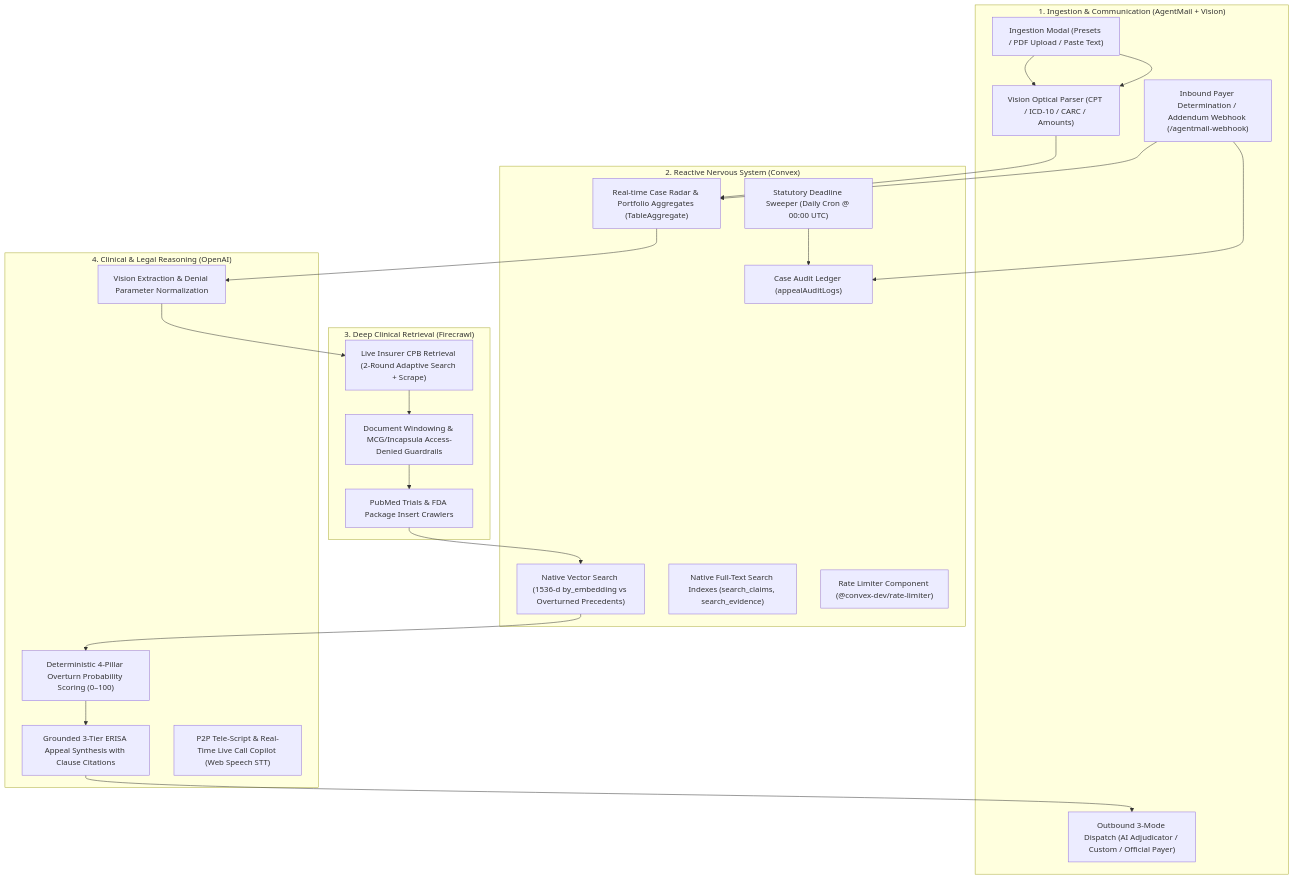
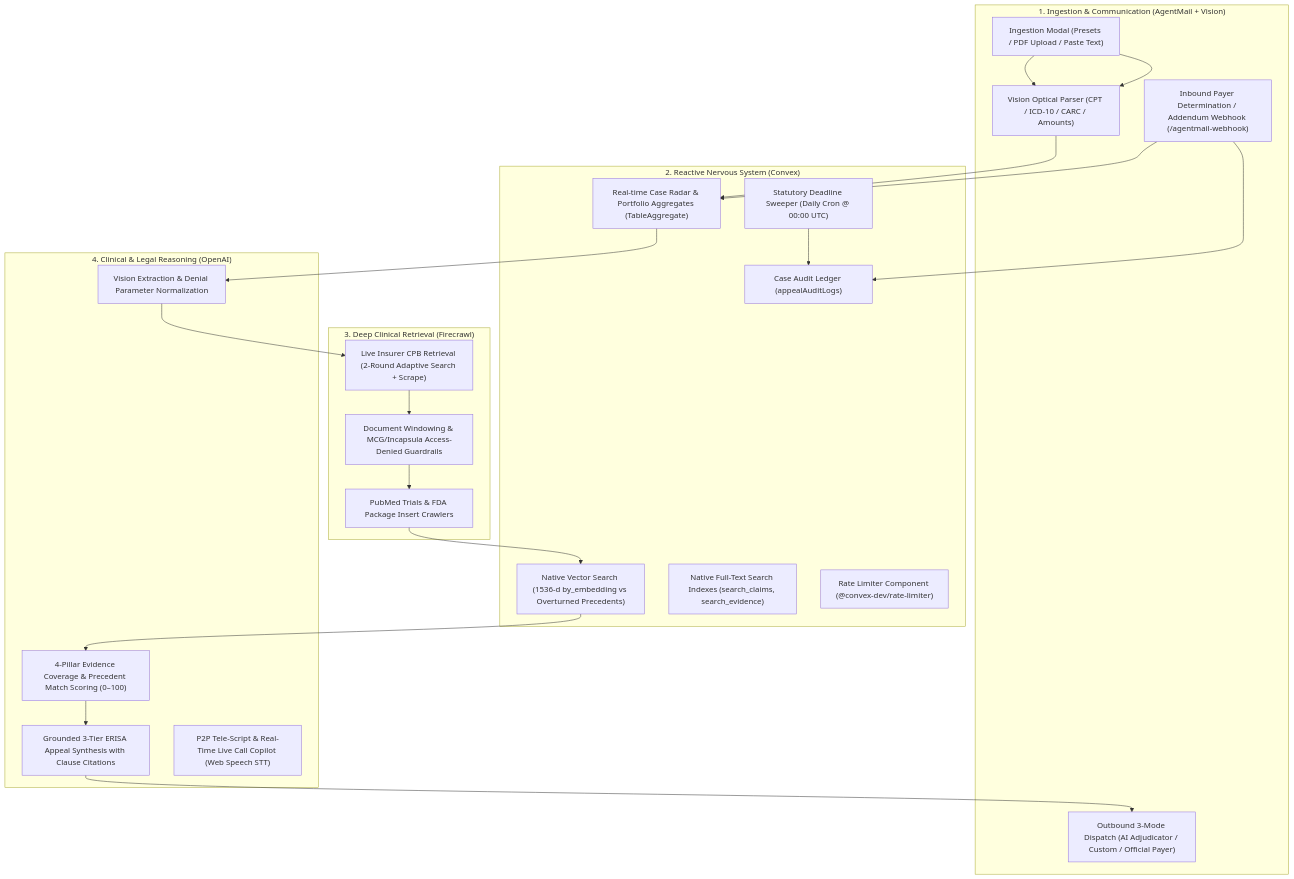
Before and after one commit to zaikaman/ClaimHero: the diagram in IDEA.md, drawn with Mermaid. The commit also changed other lines of this file and 25 other files, not shown here.

````diff
--- a/IDEA.md
+++ b/IDEA.md
@@ -23,44 +23,44 @@
 ```mermaid
 flowchart TD
     subgraph Intake ["1. Ingestion & Communication (AgentMail + Vision)"]
         A1["Ingestion Modal (Presets / PDF Upload / Paste Text)"] --> A2["Vision Optical Parser (CPT / ICD-10 / CARC / Amounts)"]
         A3["Outbound 3-Mode Dispatch (AI Adjudicator / Custom / Official Payer)"]
         A4["Inbound Payer Determination / Addendum Webhook (/agentmail-webhook)"]
     end
 
     subgraph Brain ["2. Reactive Nervous System (Convex)"]
         C1["Real-time Case Radar & Portfolio Aggregates (TableAggregate)"]
         C2["Native Vector Search (1536-d by_embedding vs Overturned Precedents)"]
         C3["Native Full-Text Search Indexes (search_claims, search_evidence)"]
         C4["Statutory Deadline Sweeper (Daily Cron @ 00:00 UTC)"]
         C5["Rate Limiter Component (@convex-dev/rate-limiter)"]
         C6["Case Audit Ledger (appealAuditLogs)"]
     end
 
     subgraph Senses ["3. Deep Clinical Retrieval (Firecrawl)"]
         F1["Live Insurer CPB Retrieval (2-Round Adaptive Search + Scrape)"]
         F2["Document Windowing & MCG/Incapsula Access-Denied Guardrails"]
         F3["PubMed Trials & FDA Package Insert Crawlers"]
     end
 
     subgraph Intelligence ["4. Clinical & Legal Reasoning (OpenAI)"]
         O1["Vision Extraction & Denial Parameter Normalization"]
-        O2["Deterministic 4-Pillar Overturn Probability Scoring (0–100)"]
+        O2["4-Pillar Evidence Coverage & Precedent Match Scoring (0–100)"]
         O3["Grounded 3-Tier ERISA Appeal Synthesis with Clause Citations"]
         O4["P2P Tele-Script & Real-Time Live Call Copilot (Web Speech STT)"]
     end
 
     A1 --> A2
     A2 --> C1
     C1 --> O1
     O1 --> F1
     F1 --> F2
     F2 --> F3
     F3 --> C2
     C2 --> O2
     O2 --> O3
     O3 --> A3
     C4 --> C6
     A4 --> C1
     A4 --> C6
 ```
````
